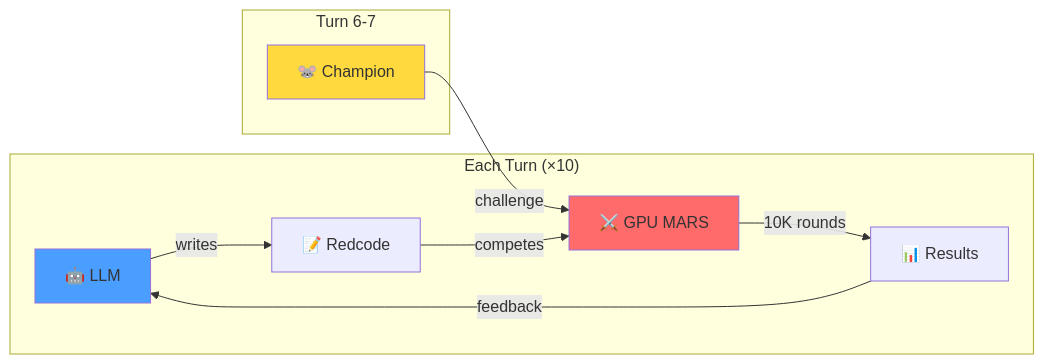
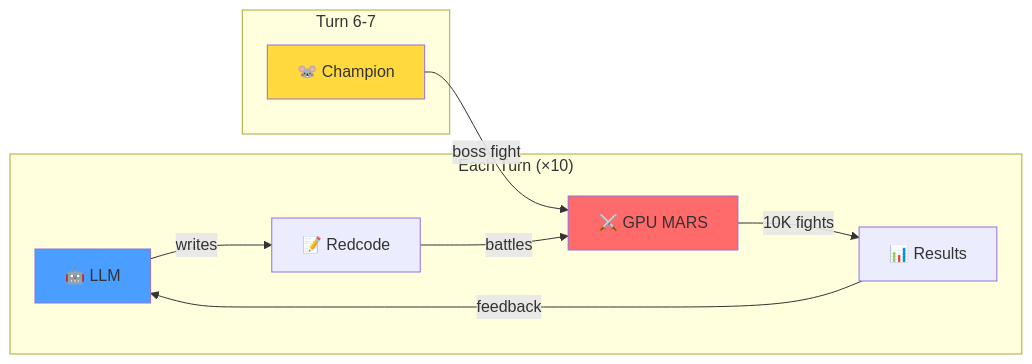
The first of 2 diagrams in README.md (jw409/modelforecast), drawn with Mermaid before and after one commit. The commit also changed other lines of this file, not shown here.

````diff
--- a/README.md
+++ b/README.md
@@ -11,18 +15,18 @@
 ```mermaid
 flowchart LR
     subgraph Turn["Each Turn (×10)"]
         A[🤖 LLM] -->|writes| B[📝 Redcode]
-        B -->|competes| C[⚔️ GPU MARS]
-        C -->|10K rounds| D[📊 Results]
+        B -->|battles| C[⚔️ GPU MARS]
+        C -->|10K fights| D[📊 Results]
         D -->|feedback| A
     end
 
     subgraph Surprise["Turn 6-7"]
         E[🐭 Champion]
-        E -->|challenge| C
+        E -->|boss fight| C
     end
 
     style A fill:#4a9eff
     style C fill:#ff6b6b
     style E fill:#ffd93d
 ```
````
